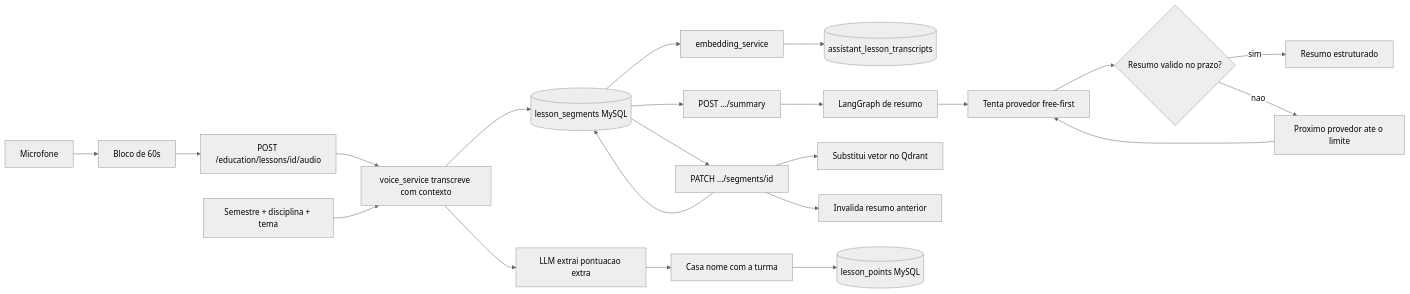
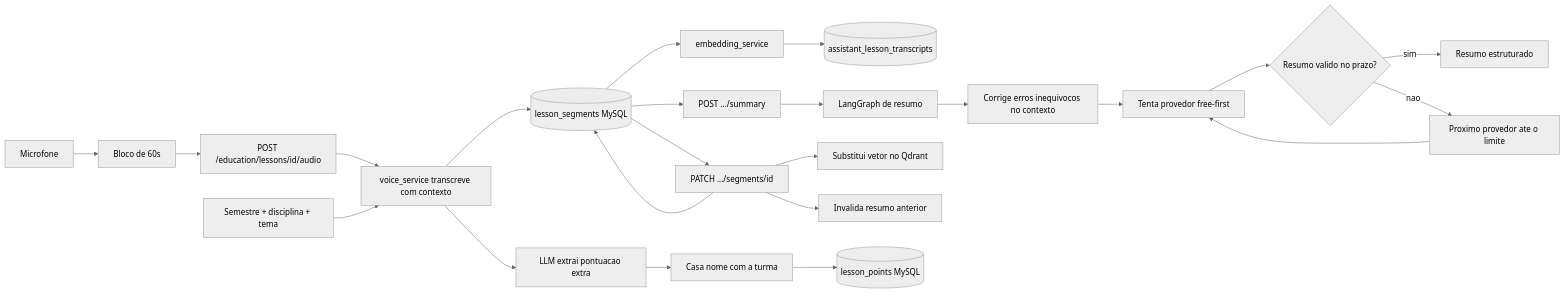
Before and after one commit to m4n1nh0/assistant_app: the sixth of 6 diagrams in README.md, drawn with Mermaid (neutral theme). The commit also changed other lines of this file and 9 other files, not shown here.

````diff
--- a/README.md
+++ b/README.md
@@ -409,24 +409,25 @@
 ```mermaid
 flowchart LR
     Mic[Microfone] --> Chunk[Bloco de 60s]
     Chunk --> Upload[POST /education/lessons/id/audio]
     Context[Semestre + disciplina + tema] --> STT
     Upload --> STT[voice_service transcreve com contexto]
     STT --> Segment[(lesson_segments MySQL)]
     Segment --> Embed[embedding_service]
     Embed --> Qdrant[(assistant_lesson_transcripts)]
     STT --> Extract[LLM extrai pontuacao extra]
     Extract --> Roster[Casa nome com a turma]
     Roster --> Points[(lesson_points MySQL)]
     Segment --> Summary[POST .../summary]
     Summary --> SummaryGraph[LangGraph de resumo]
-    SummaryGraph --> Attempt[Tenta provedor free-first]
+    SummaryGraph --> Repair[Corrige erros inequivocos no contexto]
+    Repair --> Attempt[Tenta provedor free-first]
     Attempt --> Validate{Resumo valido no prazo?}
     Validate -->|sim| Doc[Resumo estruturado]
     Validate -->|nao| Fallback[Proximo provedor ate o limite]
     Fallback --> Attempt
     Segment --> Edit[PATCH .../segments/id]
     Edit --> Segment
     Edit --> Reembed[Substitui vetor no Qdrant]
     Edit --> Invalidate[Invalida resumo anterior]
 ```
````
